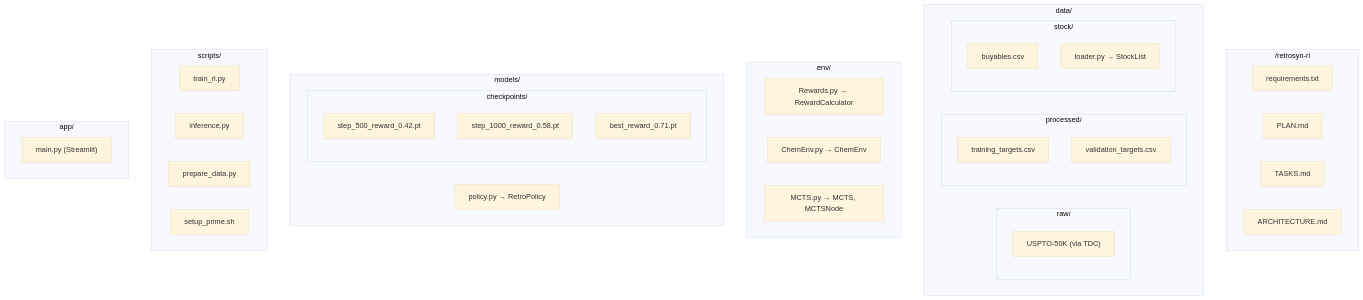
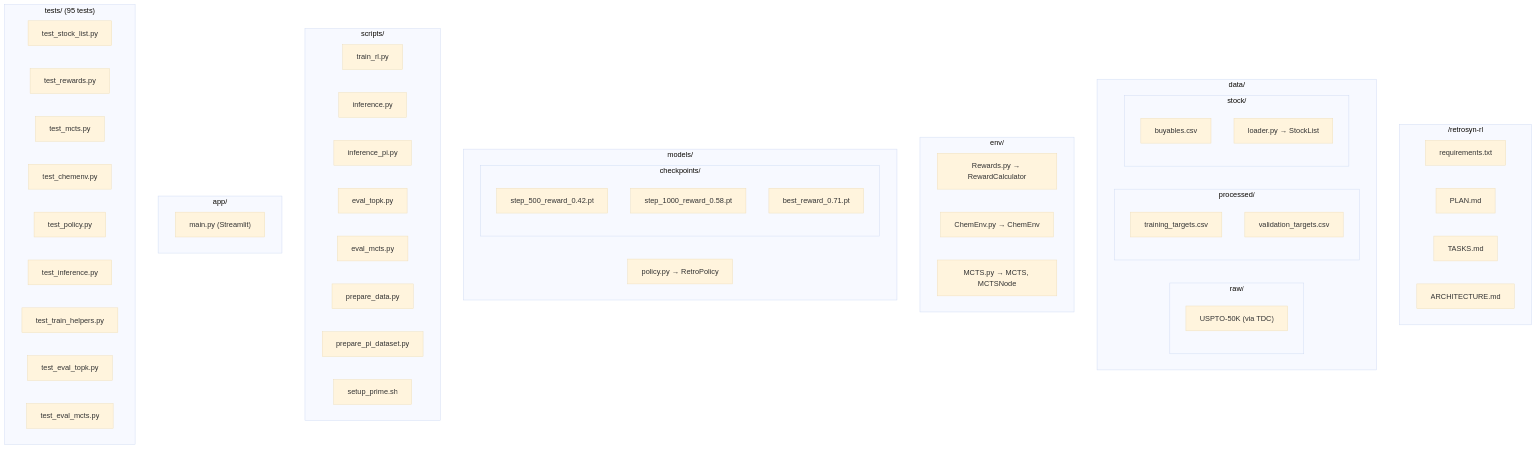
Before and after one commit to Rhoahndur/RL_RetroSynthesis: the eighth of 8 diagrams in ARCHITECTURE.md, drawn with Mermaid (base theme). The commit also changed other lines of this file, not shown here.

Commit message:
update architecture doc

````diff
--- a/ARCHITECTURE.md
+++ b/ARCHITECTURE.md
@@ -289,49 +316,65 @@
 ```mermaid
 graph TD
     subgraph Root["/retrosyn-rl"]
         REQ["requirements.txt"]
         PLAN["PLAN.md"]
         TASKS["TASKS.md"]
         ARCH["ARCHITECTURE.md"]
     end
 
     subgraph data["data/"]
         subgraph raw["raw/"]
             USPTO["USPTO-50K (via TDC)"]
         end
         subgraph processed["processed/"]
             TTARGETS["training_targets.csv"]
             VTARGETS["validation_targets.csv"]
         end
         subgraph stock["stock/"]
             BUY_CSV["buyables.csv"]
             LOADER["loader.py → StockList"]
         end
     end
 
     subgraph env["env/"]
         REWARDS_F["Rewards.py → RewardCalculator"]
         CHEMENV_F["ChemEnv.py → ChemEnv"]
         MCTS_F["MCTS.py → MCTS, MCTSNode"]
     end
 
     subgraph models["models/"]
         POLICY_F["policy.py → RetroPolicy"]
         subgraph ckpts["checkpoints/"]
             CK1["step_500_reward_0.42.pt"]
             CK2["step_1000_reward_0.58.pt"]
             BEST["best_reward_0.71.pt"]
         end
     end
 
     subgraph scripts["scripts/"]
         TRAIN_F["train_rl.py"]
         INF_F["inference.py"]
+        INF_PI_F["inference_pi.py"]
+        EVAL_TK_F["eval_topk.py"]
+        EVAL_MC_F["eval_mcts.py"]
         PREP_F["prepare_data.py"]
+        PREP_PI_F["prepare_pi_dataset.py"]
         SETUP_F["setup_prime.sh"]
     end
 
     subgraph app["app/"]
         MAIN_F["main.py (Streamlit)"]
     end
+
+    subgraph tests["tests/ (95 tests)"]
+        T_STOCK["test_stock_list.py"]
+        T_REWARDS["test_rewards.py"]
+        T_MCTS["test_mcts.py"]
+        T_CHEMENV["test_chemenv.py"]
+        T_POLICY["test_policy.py"]
+        T_INF["test_inference.py"]
+        T_TRAIN["test_train_helpers.py"]
+        T_EVAL_TK["test_eval_topk.py"]
+        T_EVAL_MC["test_eval_mcts.py"]
+    end
 ```
````
